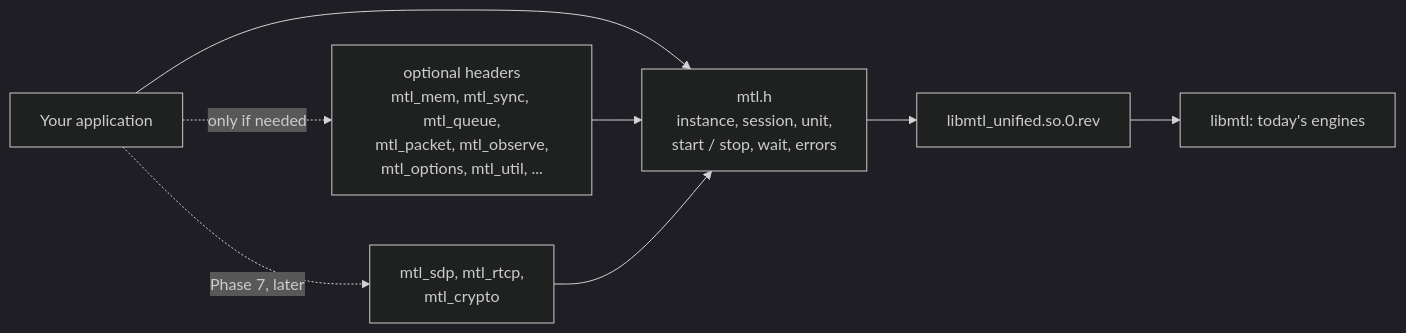
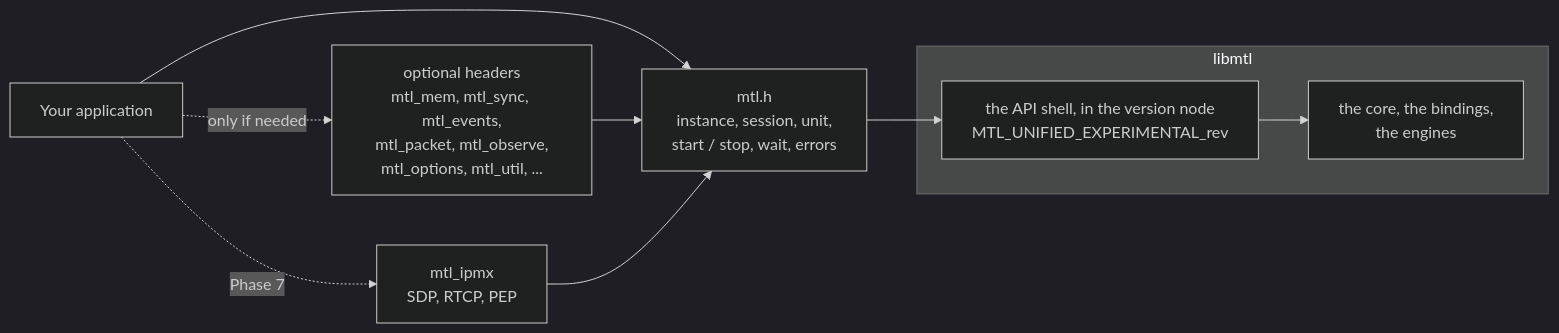
Before and after one commit to Sakoram/Media-Transport-Library: diagram 19 of 56 in doc/unified-api/diagrams.md, drawn with Mermaid (dark theme). The commit also changed other lines of this file and 56 other files, not shown here.

First line of the commit message:
Docs: Turn the unified API docs into the MS1 handoff

````diff
--- a/doc/unified-api/diagrams.md
+++ b/doc/unified-api/diagrams.md
@@ -527,10 +529,14 @@
 ```mermaid
 flowchart LR
-    APP["Your application"] --> CORE["mtl.h<br/>instance, session, unit,<br/>start / stop, wait, errors"]
-    APP -. "only if needed" .-> EXT["optional headers<br/>mtl_mem, mtl_sync, mtl_queue,<br/>mtl_packet, mtl_observe,<br/>mtl_options, mtl_util, ..."]
-    APP -. "Phase 7, later" .-> L7["mtl_sdp, mtl_rtcp,<br/>mtl_crypto"]
-    EXT --> CORE
-    L7 --> CORE
-    CORE --> LIB["libmtl_unified.so.0.rev"]
-    LIB --> ENG["libmtl: today's engines"]
+    APP["Your application"] --> MTLH["mtl.h<br/>instance, session, unit,<br/>start / stop, wait, errors"]
+    APP -. "only if needed" .-> EXT["optional headers<br/>mtl_mem, mtl_sync, mtl_events,<br/>mtl_packet, mtl_observe,<br/>mtl_options, mtl_util, ..."]
+    APP -. "Phase 7" .-> L7["mtl_ipmx<br/>SDP, RTCP, PEP"]
+    EXT --> MTLH
+    L7 --> MTLH
+    subgraph LIBMTL["libmtl"]
+        LIB["the API shell, in the version node<br/>MTL_UNIFIED_EXPERIMENTAL_rev"]
+        ENG["the core, the bindings,<br/>the engines"]
+    end
+    MTLH --> LIB
+    LIB --> ENG
 ```
````
